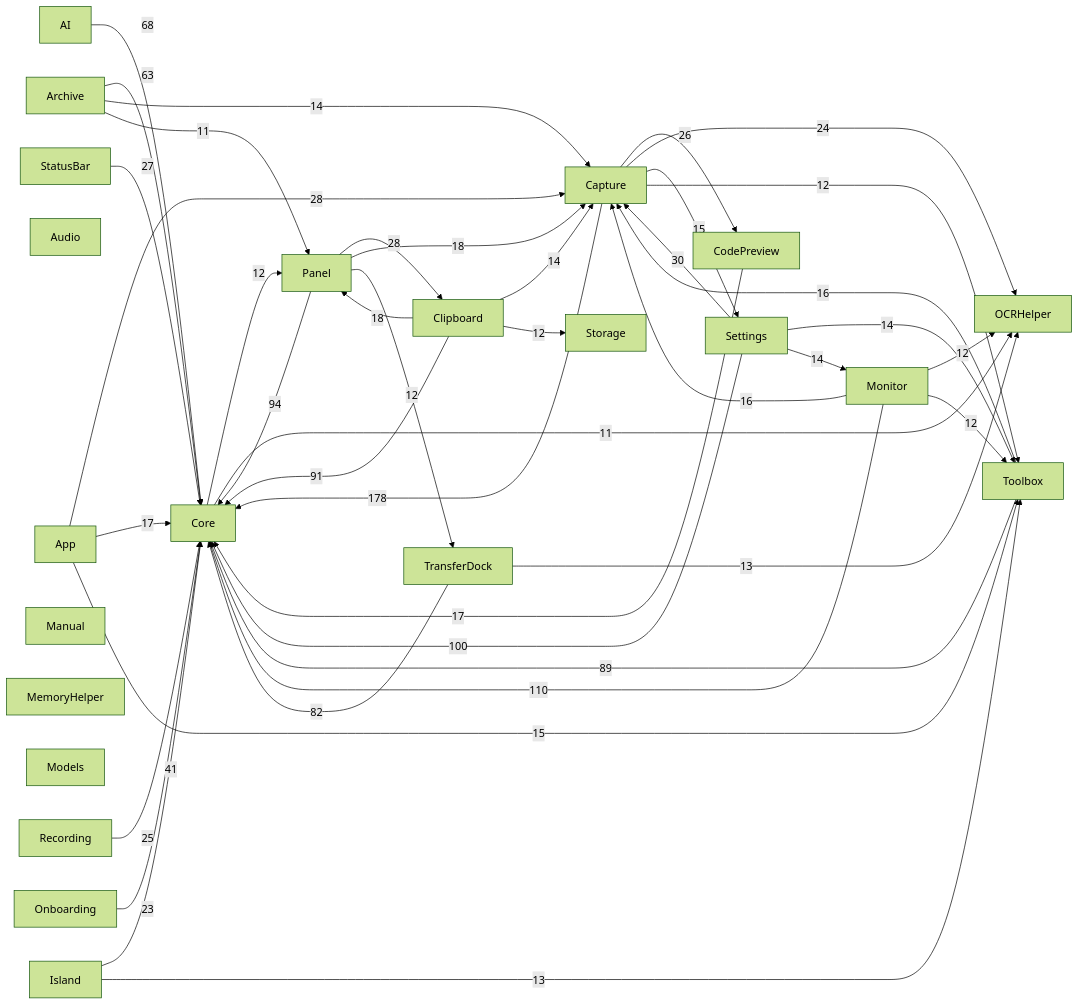
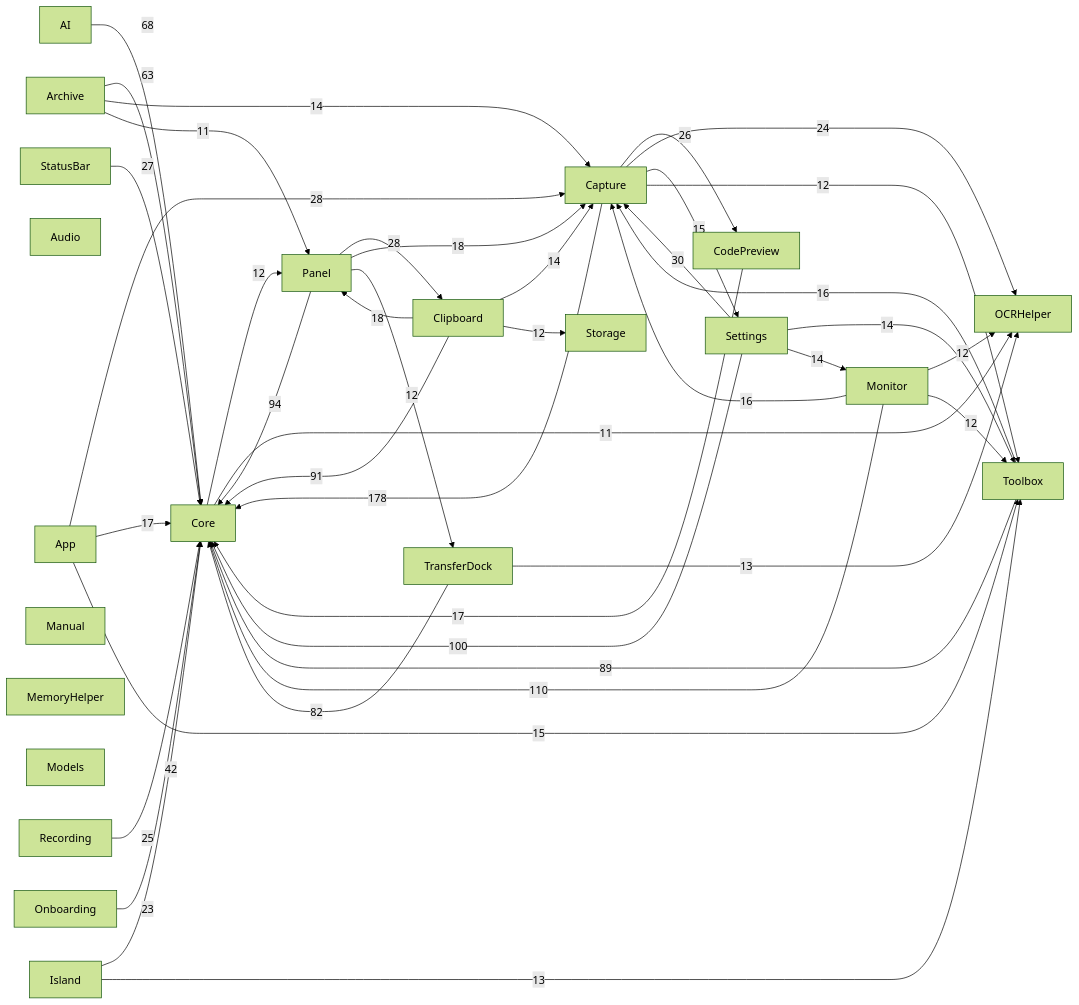
The diagram in docs/00-总览/模块依赖图.md (sxyq/Kitnest), drawn with Mermaid (forest theme) before and after one commit. The commit also changed other lines of this file and 6 other files, not shown here.

````diff
--- a/docs/00-总览/模块依赖图.md
+++ b/docs/00-总览/模块依赖图.md
@@ -36,65 +36,65 @@
 ```mermaid
 flowchart LR
   M0["AI"]
   M1["App"]
   M2["Archive"]
   M3["Audio"]
   M4["Capture"]
   M5["Clipboard"]
   M6["CodePreview"]
   M7["Core"]
   M8["Island"]
   M9["Manual"]
   M10["MemoryHelper"]
   M11["Models"]
   M12["Monitor"]
   M13["OCRHelper"]
   M14["Onboarding"]
   M15["Panel"]
   M16["Recording"]
   M17["Settings"]
   M18["StatusBar"]
   M19["Storage"]
   M20["Toolbox"]
   M21["TransferDock"]
   M4 -->|178| M7
   M12 -->|110| M7
   M17 -->|100| M7
   M15 -->|94| M7
   M5 -->|91| M7
   M20 -->|89| M7
   M21 -->|82| M7
   M0 -->|68| M7
   M2 -->|63| M7
-  M8 -->|41| M7
+  M8 -->|42| M7
   M17 -->|30| M4
   M1 -->|28| M4
   M15 -->|28| M5
   M18 -->|27| M7
   M4 -->|26| M6
   M16 -->|25| M7
   M4 -->|24| M13
   M14 -->|23| M7
   M15 -->|18| M4
   M5 -->|18| M15
   M1 -->|17| M7
   M6 -->|17| M7
   M12 -->|16| M4
   M20 -->|16| M4
   M1 -->|15| M20
   M4 -->|15| M17
   M17 -->|14| M20
   M17 -->|14| M12
   M2 -->|14| M4
   M5 -->|14| M4
   M8 -->|13| M20
   M21 -->|13| M13
   M7 -->|12| M15
   M4 -->|12| M20
   M12 -->|12| M13
   M12 -->|12| M20
   M15 -->|12| M21
   M5 -->|12| M19
   M7 -->|11| M13
   M2 -->|11| M15
 ```
````
